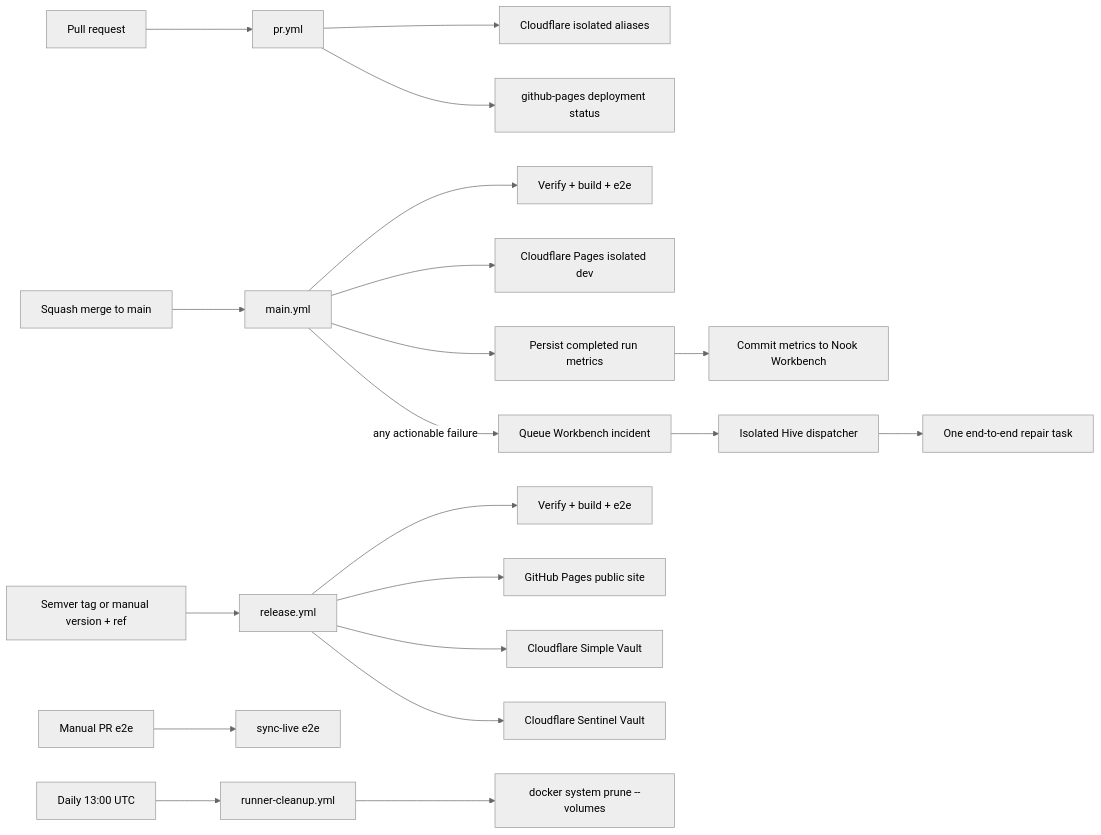
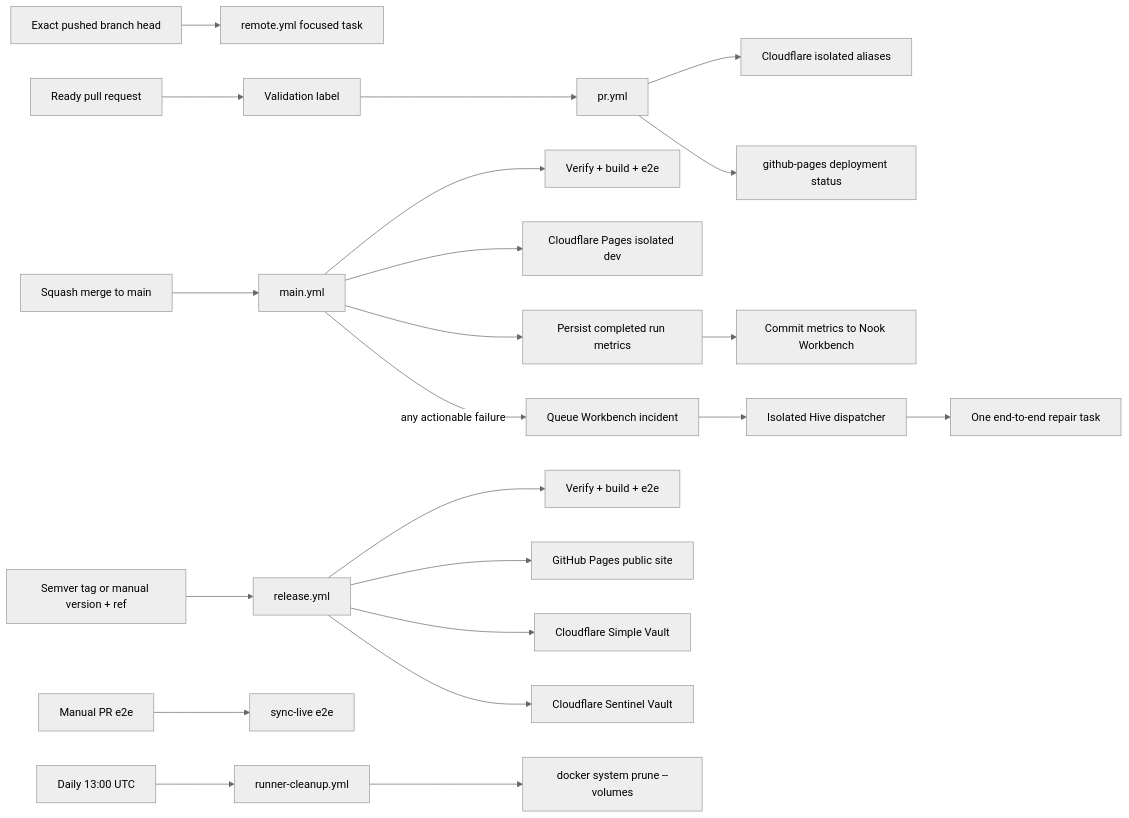
One commit to meta-secret/nook changed the diagram in .cortex/workflows/ci-pipeline.md. Above: the diagram before and after it, drawn with Mermaid (neutral theme). The commit also changed other lines of this file and 40 other files, not shown here.

Commit message:
ci: add label-gated hosted remote execution

````diff
--- a/.cortex/workflows/ci-pipeline.md
+++ b/.cortex/workflows/ci-pipeline.md
@@ -27,26 +28,28 @@
 ```mermaid
 flowchart LR
-  PR[Pull request] --> pr_yml[pr.yml]
+  branch[Exact pushed branch head] --> remote_yml[remote.yml focused task]
+  PR[Ready pull request] --> label[Validation label]
+  label --> pr_yml[pr.yml]
   pr_yml --> preview[Cloudflare isolated aliases]
   pr_yml --> pr_deployment[github-pages deployment status]
 
   merge[Squash merge to main] --> main_yml[main.yml]
   main_yml --> main_verify[Verify + build + e2e]
   main_yml --> cf_dev[Cloudflare Pages isolated dev]
   main_yml --> main_stats[Persist completed run metrics]
   main_stats --> workbench_stats[Commit metrics to Nook Workbench]
   main_yml -->|any actionable failure| main_failure[Queue Workbench incident]
   main_failure --> hive_dispatcher[Isolated Hive dispatcher]
   hive_dispatcher --> hive_worker[One end-to-end repair task]
 
   release[Semver tag or manual version + ref] --> release_yml[release.yml]
   release_yml --> release_verify[Verify + build + e2e]
   release_yml --> pages[GitHub Pages public site]
   release_yml --> simple_cf[Cloudflare Simple Vault]
   release_yml --> sentinel_cf[Cloudflare Sentinel Vault]
 
   manual_e2e[Manual PR e2e] --> e2e_live[sync-live e2e]
 
   cleanup_cron[Daily 13:00 UTC] --> cleanup[runner-cleanup.yml]
   cleanup --> docker_prune["docker system prune --volumes"]
 ```
````
